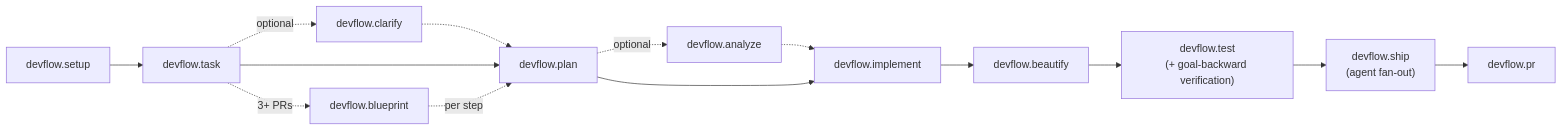
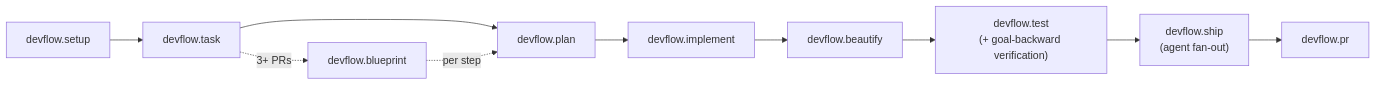
Before and after one commit to Gabriele-bil/dev_flow: the diagram in docs/architecture.md, drawn with Mermaid. The commit also changed other lines of this file and 188 other files, not shown here.

First line of the commit message:
feat!: remove clarify, analyze, rollback, recovery commands; slim ship and hotfix

````diff
--- a/docs/architecture.md
+++ b/docs/architecture.md
@@ -15,15 +15,11 @@
 ```mermaid
 flowchart LR
     setup[devflow.setup] --> task[devflow.task]
-    task -.optional.-> clarify[devflow.clarify]
-    clarify -.-> plan[devflow.plan]
-    task --> plan
-    plan -.optional.-> analyze[devflow.analyze]
-    analyze -.-> implement[devflow.implement]
-    plan --> implement
+    task --> plan[devflow.plan]
+    plan --> implement[devflow.implement]
     implement --> beautify[devflow.beautify]
     beautify --> test["devflow.test<br/>(+ goal-backward verification)"]
     test --> ship["devflow.ship<br/>(agent fan-out)"]
     ship --> pr[devflow.pr]
     task -.3+ PRs.-> blueprint[devflow.blueprint] -.per step.-> plan
 ```
````
